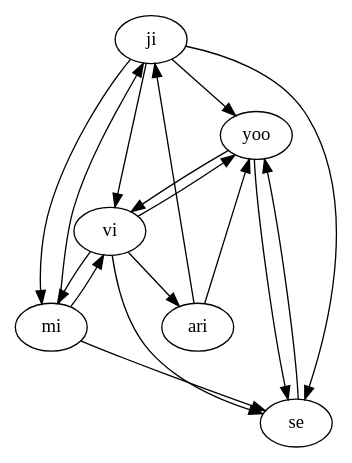
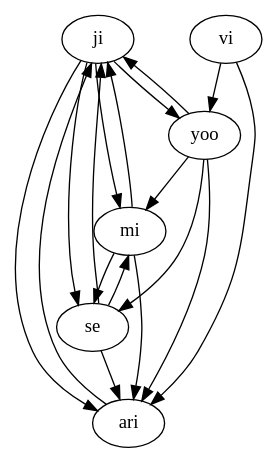
Before and after one commit to hannimpeha/WS: the diagram in src/main/java/resource/awesome.dot, drawn with Graphviz. The commit also changed 8 other files, not shown here.

```diff
--- a/src/main/java/resource/awesome.dot
+++ b/src/main/java/resource/awesome.dot
@@ -1,18 +1,19 @@
 digraph {
 ji->yoo;
+yoo->ji;
 ji->mi;
 mi->ji;
-ji->vi;
 ji->se;
+se->ji;
+ji->ari;
 ari->ji;
-yoo->vi;
+yoo->mi;
 vi->yoo;
 yoo->se;
-se->yoo;
-ari->yoo;
-mi->vi;
-vi->mi;
+yoo->ari;
 mi->se;
-vi->se;
+se->mi;
+mi->ari;
 vi->ari;
+se->ari;
 }
```
